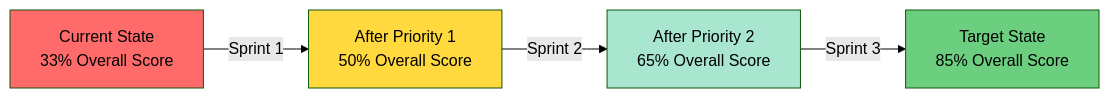
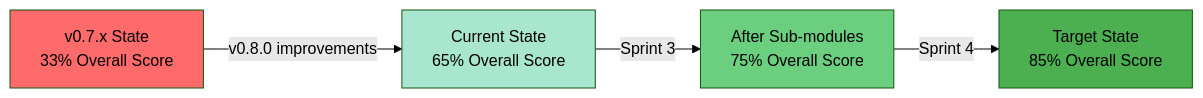
The third of 3 diagrams in api/media/JSDOC_COVERAGE_VISUALIZATION.md (Hack23/European-Parliament-MCP-Server), drawn with Mermaid (forest theme) before and after one commit. The commit also changed other lines of this file and 1192 other files, not shown here.

````diff
--- a/api/media/JSDOC_COVERAGE_VISUALIZATION.md
+++ b/api/media/JSDOC_COVERAGE_VISUALIZATION.md
@@ -258,11 +276,11 @@
 ```mermaid
 graph LR
-    A[Current State<br/>33% Overall Score] -->|Sprint 1| B[After Priority 1<br/>50% Overall Score]
-    B -->|Sprint 2| C[After Priority 2<br/>65% Overall Score]
-    C -->|Sprint 3| D[Target State<br/>85% Overall Score]
-    
+    A[v0.7.x State<br/>33% Overall Score] -->|v0.8.0 improvements| B[Current State<br/>65% Overall Score]
+    B -->|Sprint 3| C[After Sub-modules<br/>75% Overall Score]
+    C -->|Sprint 4| D[Target State<br/>85% Overall Score]
+
     style A fill:#FF6B6B
-    style B fill:#FFD93D
-    style C fill:#A8E6CF
-    style D fill:#6BCF7F
+    style B fill:#A8E6CF
+    style C fill:#6BCF7F
+    style D fill:#4CAF50
 ```
````
